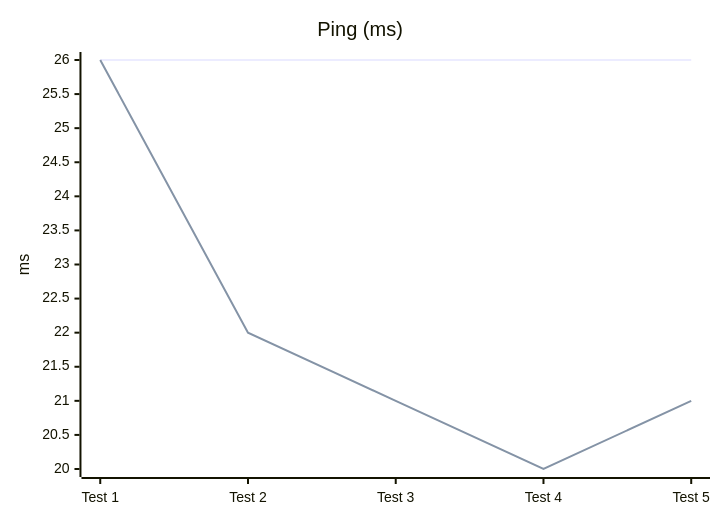
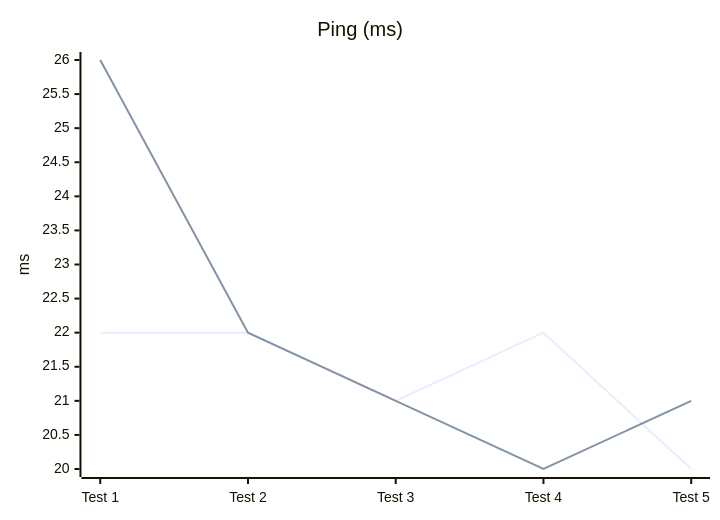
Before and after one commit to Angeles-HO/kitsunping: the sixth of 24 diagrams in Docs/testingResults.md, drawn with Mermaid. The commit also changed other lines of this file and 1 other file, not shown here.

````diff
--- a/Docs/testingResults.md
+++ b/Docs/testingResults.md
@@ -88,8 +88,8 @@
 ```mermaid
 xychart-beta
 	title "Ping (ms)"
 	x-axis ["Test 1", "Test 2", "Test 3", "Test 4", "Test 5"]
 	y-axis "ms"
-	line "Before module" [26, 26, 26, 26, 26]
-	line "With module" [26, 22, 21, 20, 21]
+	line "Previous version (4.85)" [22, 22, 21, 22, 20]
+	line "Current version (4.89)" [26, 22, 21, 20, 21]
 ```
````
